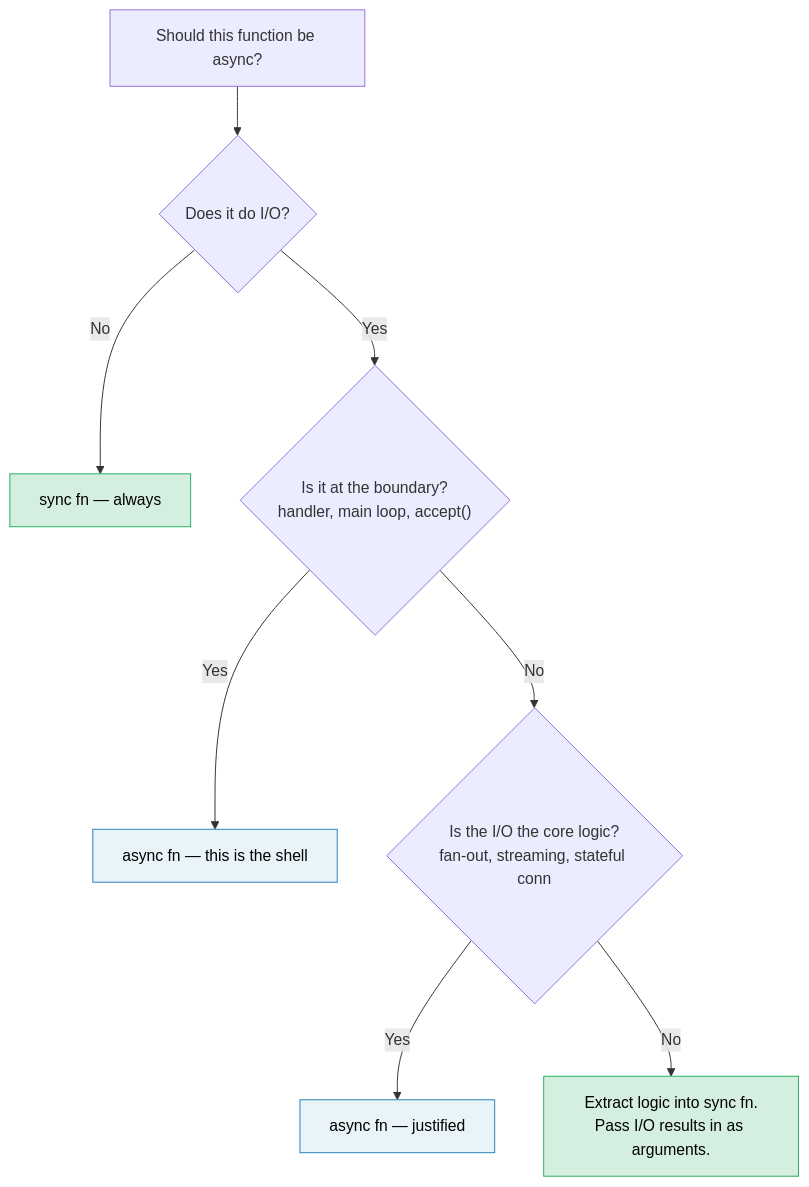
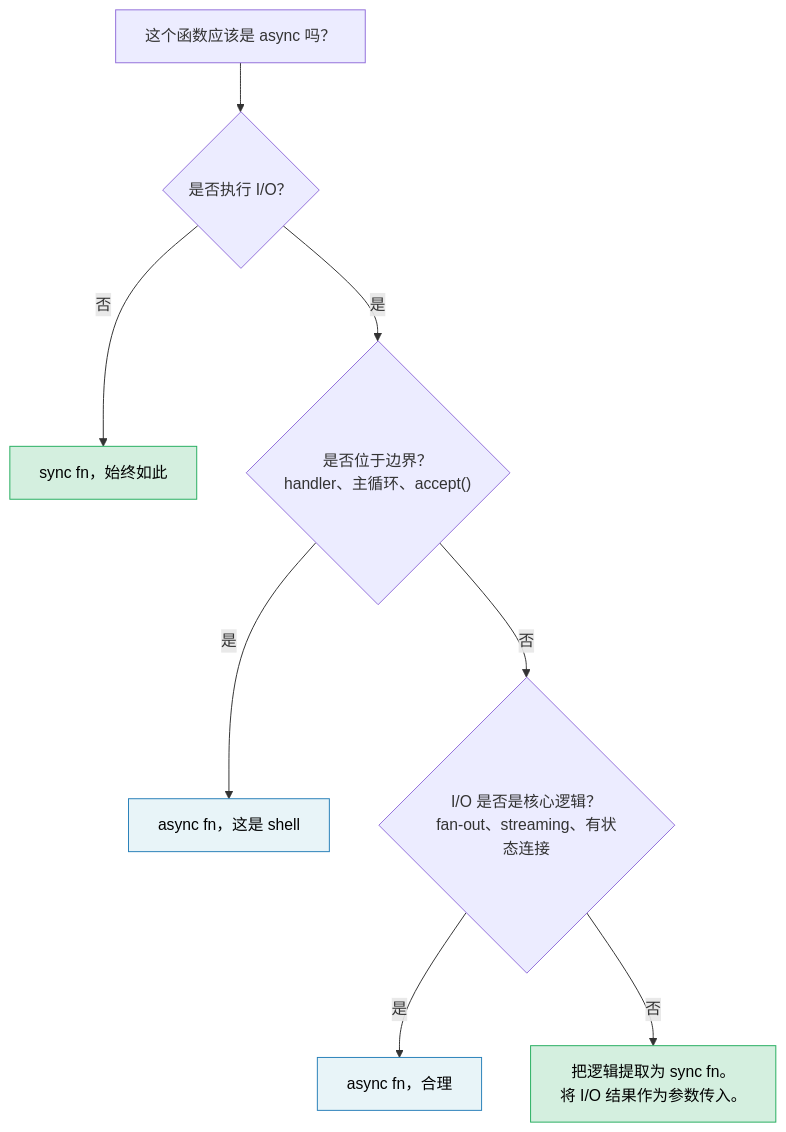
The diagram in async-book/src-zh/ch14-async-is-an-optimization-not-an-architecture.md (hearsay316/RustTraining), drawn with Mermaid before and after one commit. The commit also changed other lines of this file and 18 other files, not shown here.

````diff
--- a/async-book/src-zh/ch14-async-is-an-optimization-not-an-architecture.md
+++ b/async-book/src-zh/ch14-async-is-an-optimization-not-an-architecture.md
@@ -275,15 +275,15 @@
 ```mermaid
 graph TD
-    START["Should this function be async?"] --> IO{"Does it do I/O?"}
-    IO -->|No| SYNC["sync fn — always"]
-    IO -->|Yes| BOUNDARY{"Is it at the boundary?<br/>handler, main loop, accept()"}
-    BOUNDARY -->|Yes| ASYNC_SHELL["async fn — this is the shell"]
-    BOUNDARY -->|No| CORE_IO{"Is the I/O the core logic?<br/>fan-out, streaming, stateful conn"}
-    CORE_IO -->|Yes| ASYNC_CORE["async fn — justified"]
-    CORE_IO -->|No| EXTRACT["Extract logic into sync fn.<br/>Pass I/O results in as arguments."]
+    START["这个函数应该是 async 吗？"] --> IO{"是否执行 I/O？"}
+    IO -->|否| SYNC["sync fn，始终如此"]
+    IO -->|是| BOUNDARY{"是否位于边界？<br/>handler、主循环、accept()"}
+    BOUNDARY -->|是| ASYNC_SHELL["async fn，这是 shell"]
+    BOUNDARY -->|否| CORE_IO{"I/O 是否是核心逻辑？<br/>fan-out、streaming、有状态连接"}
+    CORE_IO -->|是| ASYNC_CORE["async fn，合理"]
+    CORE_IO -->|否| EXTRACT["把逻辑提取为 sync fn。<br/>将 I/O 结果作为参数传入。"]
 
     style SYNC fill:#d4efdf,stroke:#27ae60,color:#000
     style ASYNC_SHELL fill:#e8f4f8,stroke:#2980b9,color:#000
     style ASYNC_CORE fill:#e8f4f8,stroke:#2980b9,color:#000
     style EXTRACT fill:#d4efdf,stroke:#27ae60,color:#000
 ```
````
